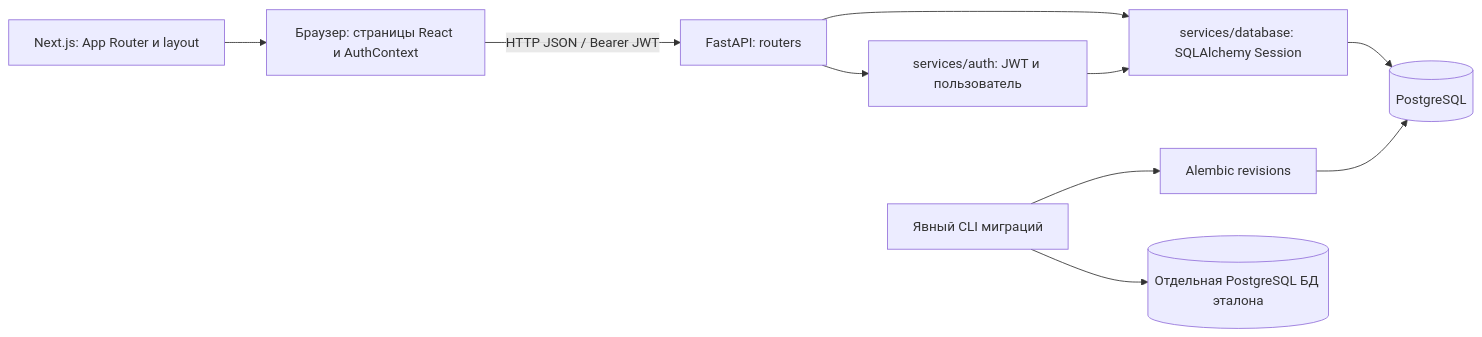
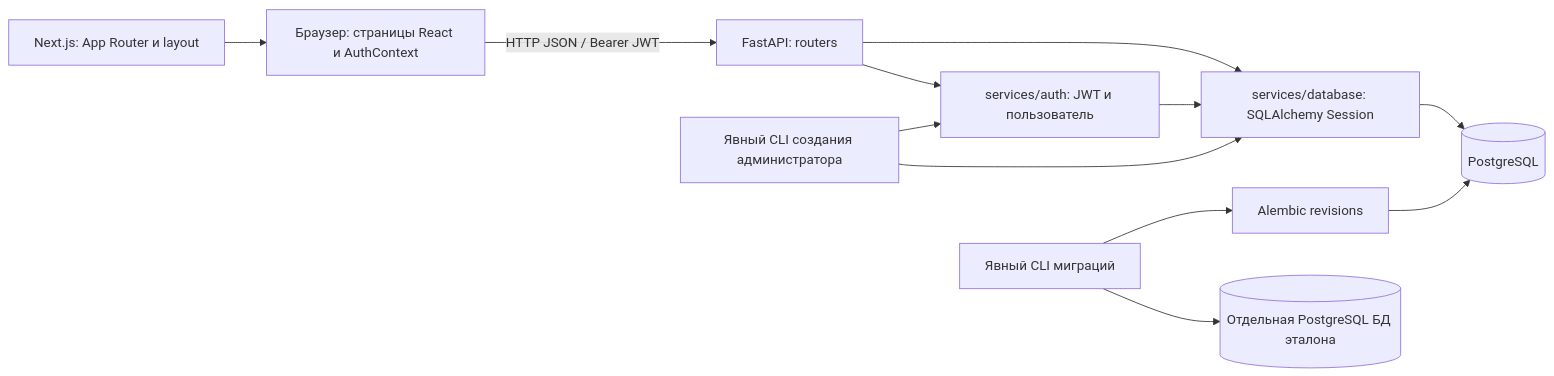
One commit to neverthedev/lingvar changed the diagram in docs/ARCHITECTURE.md. Above: the diagram before and after it, drawn with Mermaid. The commit also changed other lines of this file and 34 other files, not shown here.

````diff
--- a/docs/ARCHITECTURE.md
+++ b/docs/ARCHITECTURE.md
@@ -12,12 +12,14 @@
 ```mermaid
 flowchart LR
     Browser[Браузер: страницы React и AuthContext] -->|HTTP JSON / Bearer JWT| API[FastAPI: routers]
     API --> Auth[services/auth: JWT и пользователь]
     API --> DB[services/database: SQLAlchemy Session]
     Auth --> DB
     DB --> PG[(PostgreSQL)]
     CLI[Явный CLI миграций] --> Alembic[Alembic revisions]
     Alembic --> PG
     CLI --> Reference[(Отдельная PostgreSQL БД эталона)]
+    AdminCLI[Явный CLI создания администратора] --> Auth
+    AdminCLI --> DB
     Next[Next.js: App Router и layout] --> Browser
 ```
````
